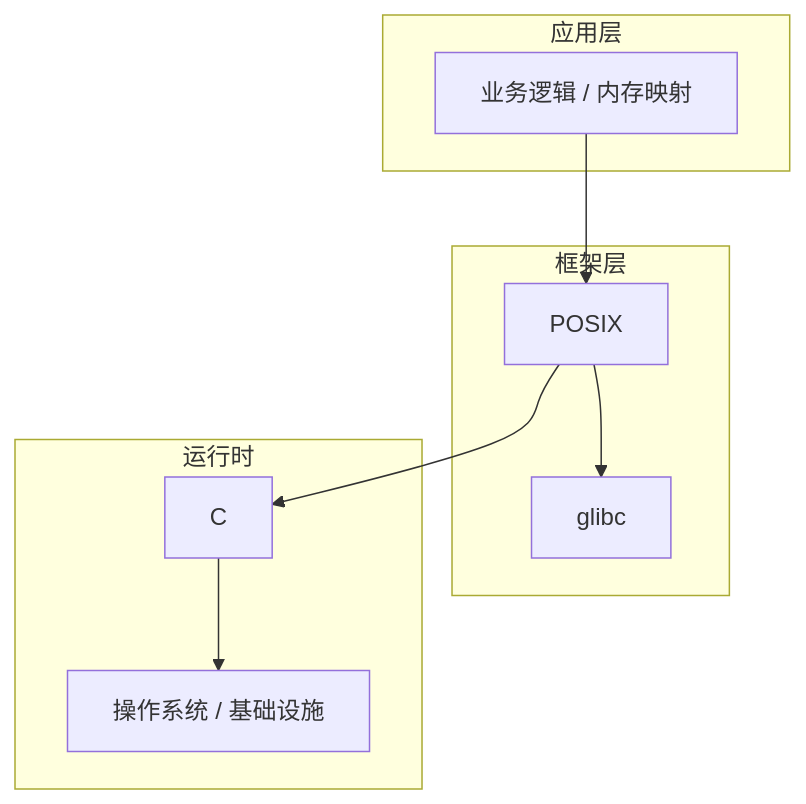
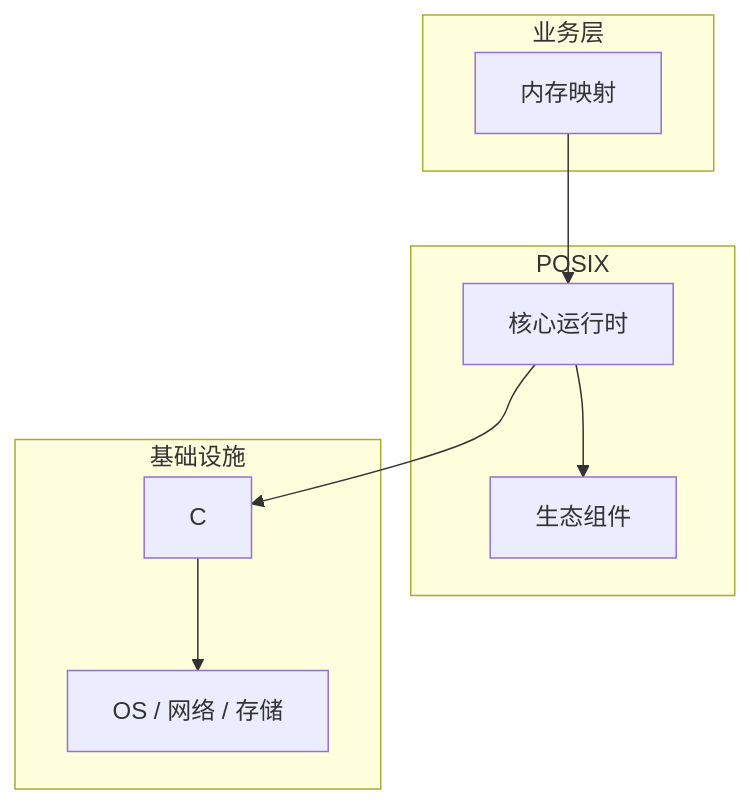
The diagram in articles/Linux系统编程/chapters/085-内存映射核心概念与原理.md (yanggan2015/knowledge-json-v2), drawn with Mermaid before and after one commit. The commit also changed other lines of this file and 10127 other files, not shown here.

````diff
--- a/articles/Linux系统编程/chapters/085-内存映射核心概念与原理.md
+++ b/articles/Linux系统编程/chapters/085-内存映射核心概念与原理.md
@@ -45,18 +34,18 @@
 ```mermaid
 graph TB
-    subgraph 应用层
-        A[业务逻辑 / 内存映射]
+    subgraph 业务层
+        A[内存映射]
     end
-    subgraph 框架层
-        B[POSIX]
-        C[glibc]
+    subgraph POSIX
+        B[核心运行时]
+        C[生态组件]
     end
-    subgraph 运行时
+    subgraph 基础设施
         D[C]
-        E[操作系统 / 基础设施]
+        E[OS / 网络 / 存储]
     end
     A --> B
     B --> C
     B --> D
     D --> E
 ```
````
